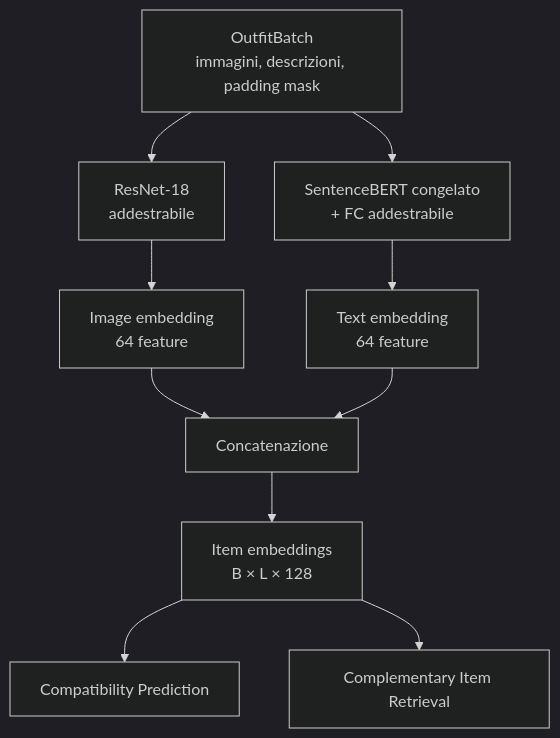
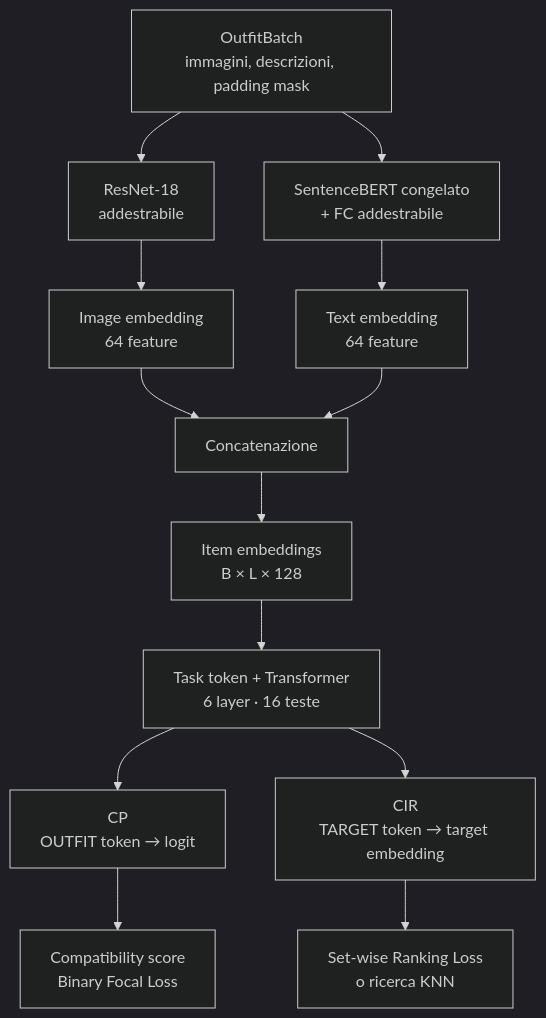
Before and after one commit to FlorindoDev/OutfitTransformer: the diagram in README.md, drawn with Mermaid (dark theme). The commit also changed other lines of this file and 4 other files, not shown here.

````diff
--- a/README.md
+++ b/README.md
@@ -57,17 +118,22 @@
 ```mermaid
 flowchart TD
     A["OutfitBatch<br/>immagini, descrizioni, padding mask"]
 
     A --> B["ResNet-18<br/>addestrabile"]
     A --> C["SentenceBERT congelato<br/>+ FC addestrabile"]
 
     B --> D["Image embedding<br/>64 feature"]
     C --> E["Text embedding<br/>64 feature"]
 
     D --> F["Concatenazione"]
     E --> F
     F --> G["Item embeddings<br/>B × L × 128"]
 
-    G --> H["Compatibility Prediction"]
-    G --> I["Complementary Item Retrieval"]
+    G --> H["Task token + Transformer<br/>6 layer · 16 teste"]
+
+    H --> I["CP<br/>OUTFIT token → logit"]
+    I --> J["Compatibility score<br/>Binary Focal Loss"]
+
+    H --> K["CIR<br/>TARGET token → target embedding"]
+    K --> L["Set-wise Ranking Loss<br/>o ricerca KNN"]
 ```
````
